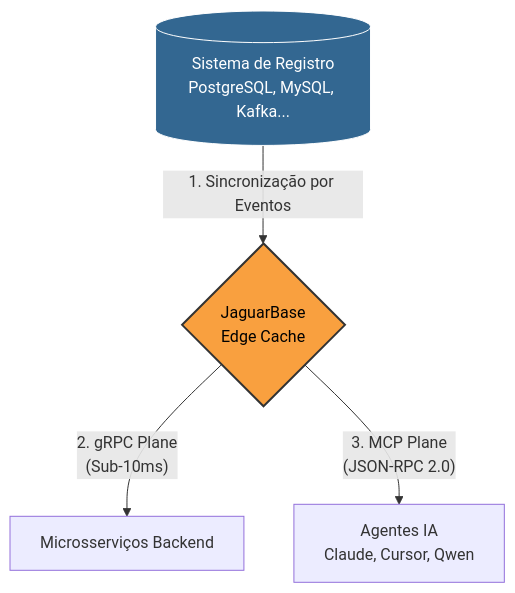
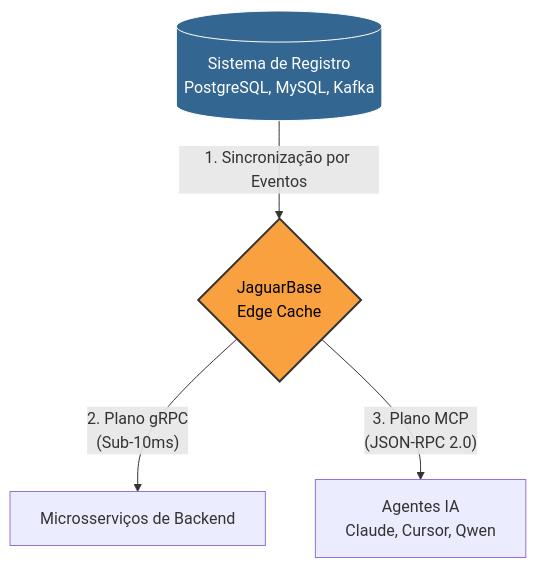
The first of 2 diagrams in README.pt-BR.md (andrewbraga1/jaguarbase), drawn with Mermaid before and after one commit. The commit also changed other lines of this file and 1 other file, not shown here.

Commit message:
docs: refine architecture proposal, sync PT-BR translation and clarify quarantine filter

````diff
--- a/README.pt-BR.md
+++ b/README.pt-BR.md
@@ -27,8 +27,8 @@
 ```mermaid
 graph TD
-    Source[(Sistema de Registro\nPostgreSQL, MySQL, Kafka...)] -- 1. Sincronização por Eventos --> JB{JaguarBase\nEdge Cache}
-    JB -- 2. gRPC Plane\n(Sub-10ms) --> Backend[Microsserviços Backend]
-    JB -- 3. MCP Plane\n(JSON-RPC 2.0) --> AI[Agentes IA\nClaude, Cursor, Qwen]
+    Source[(Sistema de Registro\nPostgreSQL, MySQL, Kafka)] -- 1. Sincronização por Eventos --> JB{JaguarBase\nEdge Cache}
+    JB -- 2. Plano gRPC\n(Sub-10ms) --> Backend[Microsserviços de Backend]
+    JB -- 3. Plano MCP\n(JSON-RPC 2.0) --> AI[Agentes IA\nClaude, Cursor, Qwen]
     style JB fill:#f9a03f,stroke:#333,stroke-width:2px,color:#000
     style Source fill:#336791,stroke:#fff,color:#fff
 ```
````
